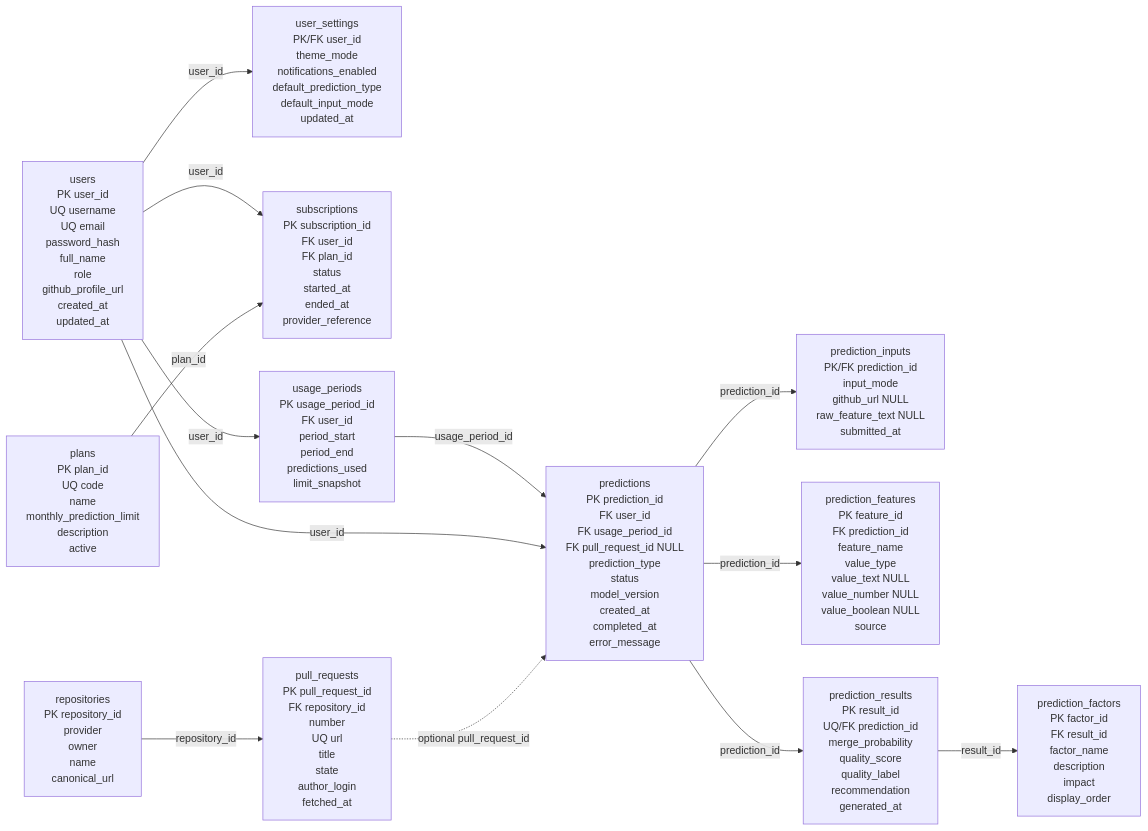
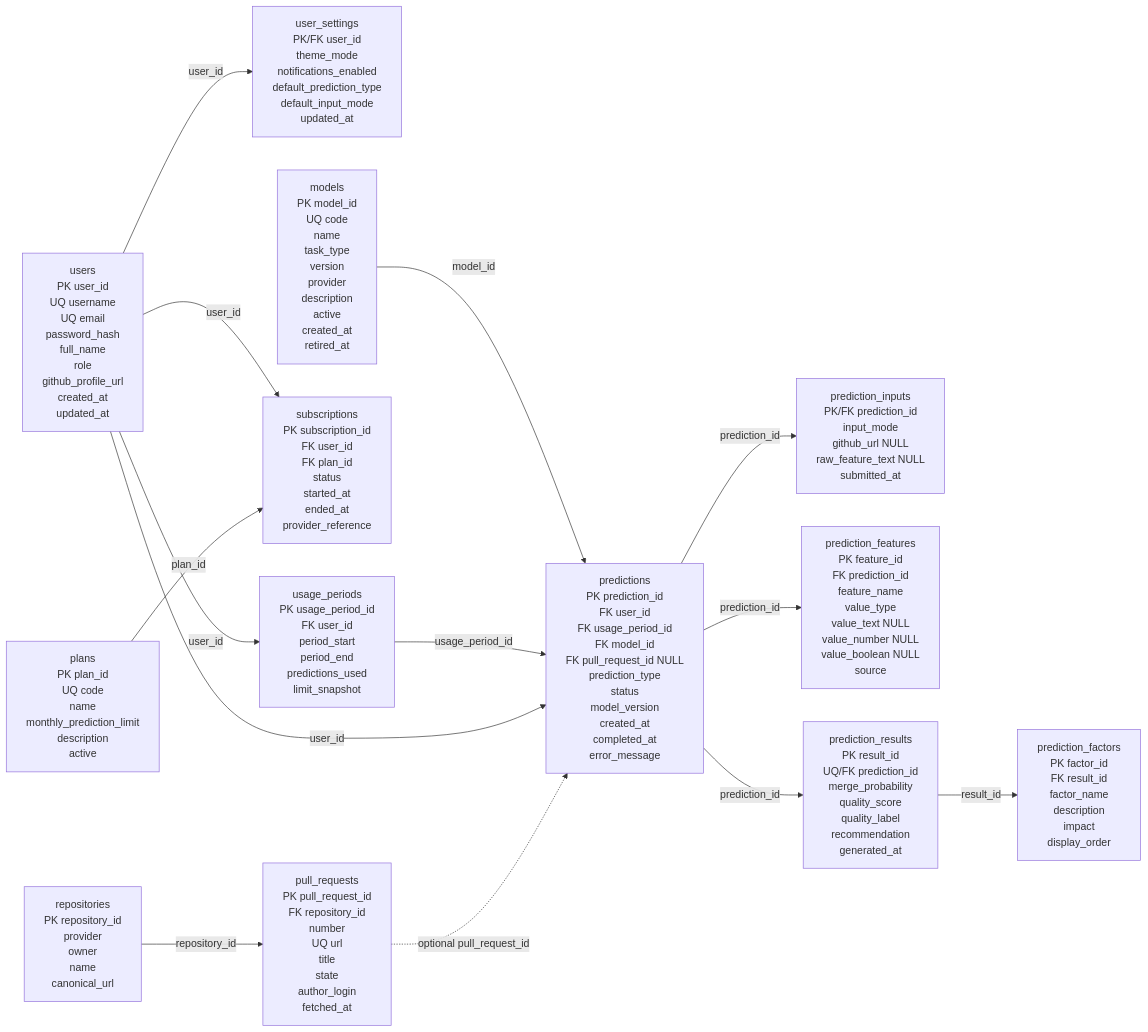
The diagram in SCHEMA_DIAGRAM.md (AniruddhoRoy/Pr_predictor), drawn with Mermaid before and after one commit. The commit also changed other lines of this file and 2 other files, not shown here.

```diff
--- a/SCHEMA_DIAGRAM.md
+++ b/SCHEMA_DIAGRAM.md
@@ -7,28 +7,30 @@
 ~~~mermaid
 flowchart LR
     users["users<br/>PK user_id<br/>UQ username<br/>UQ email<br/>password_hash<br/>full_name<br/>role<br/>github_profile_url<br/>created_at<br/>updated_at"]
     settings["user_settings<br/>PK/FK user_id<br/>theme_mode<br/>notifications_enabled<br/>default_prediction_type<br/>default_input_mode<br/>updated_at"]
     plans["plans<br/>PK plan_id<br/>UQ code<br/>name<br/>monthly_prediction_limit<br/>description<br/>active"]
+    models["models<br/>PK model_id<br/>UQ code<br/>name<br/>task_type<br/>version<br/>provider<br/>description<br/>active<br/>created_at<br/>retired_at"]
     subscriptions["subscriptions<br/>PK subscription_id<br/>FK user_id<br/>FK plan_id<br/>status<br/>started_at<br/>ended_at<br/>provider_reference"]
     usage["usage_periods<br/>PK usage_period_id<br/>FK user_id<br/>period_start<br/>period_end<br/>predictions_used<br/>limit_snapshot"]
     repos["repositories<br/>PK repository_id<br/>provider<br/>owner<br/>name<br/>canonical_url"]
     prs["pull_requests<br/>PK pull_request_id<br/>FK repository_id<br/>number<br/>UQ url<br/>title<br/>state<br/>author_login<br/>fetched_at"]
-    predictions["predictions<br/>PK prediction_id<br/>FK user_id<br/>FK usage_period_id<br/>FK pull_request_id NULL<br/>prediction_type<br/>status<br/>model_version<br/>created_at<br/>completed_at<br/>error_message"]
+    predictions["predictions<br/>PK prediction_id<br/>FK user_id<br/>FK usage_period_id<br/>FK model_id<br/>FK pull_request_id NULL<br/>prediction_type<br/>status<br/>model_version<br/>created_at<br/>completed_at<br/>error_message"]
     inputs["prediction_inputs<br/>PK/FK prediction_id<br/>input_mode<br/>github_url NULL<br/>raw_feature_text NULL<br/>submitted_at"]
     features["prediction_features<br/>PK feature_id<br/>FK prediction_id<br/>feature_name<br/>value_type<br/>value_text NULL<br/>value_number NULL<br/>value_boolean NULL<br/>source"]
     results["prediction_results<br/>PK result_id<br/>UQ/FK prediction_id<br/>merge_probability<br/>quality_score<br/>quality_label<br/>recommendation<br/>generated_at"]
     factors["prediction_factors<br/>PK factor_id<br/>FK result_id<br/>factor_name<br/>description<br/>impact<br/>display_order"]
 
     users -->|user_id| settings
     users -->|user_id| subscriptions
     plans -->|plan_id| subscriptions
+    models -->|model_id| predictions
     users -->|user_id| usage
     usage -->|usage_period_id| predictions
     users -->|user_id| predictions
     repos -->|repository_id| prs
     prs -. "optional pull_request_id" .-> predictions
     predictions -->|prediction_id| inputs
     predictions -->|prediction_id| features
     predictions -->|prediction_id| results
     results -->|result_id| factors
 ~~~
```
